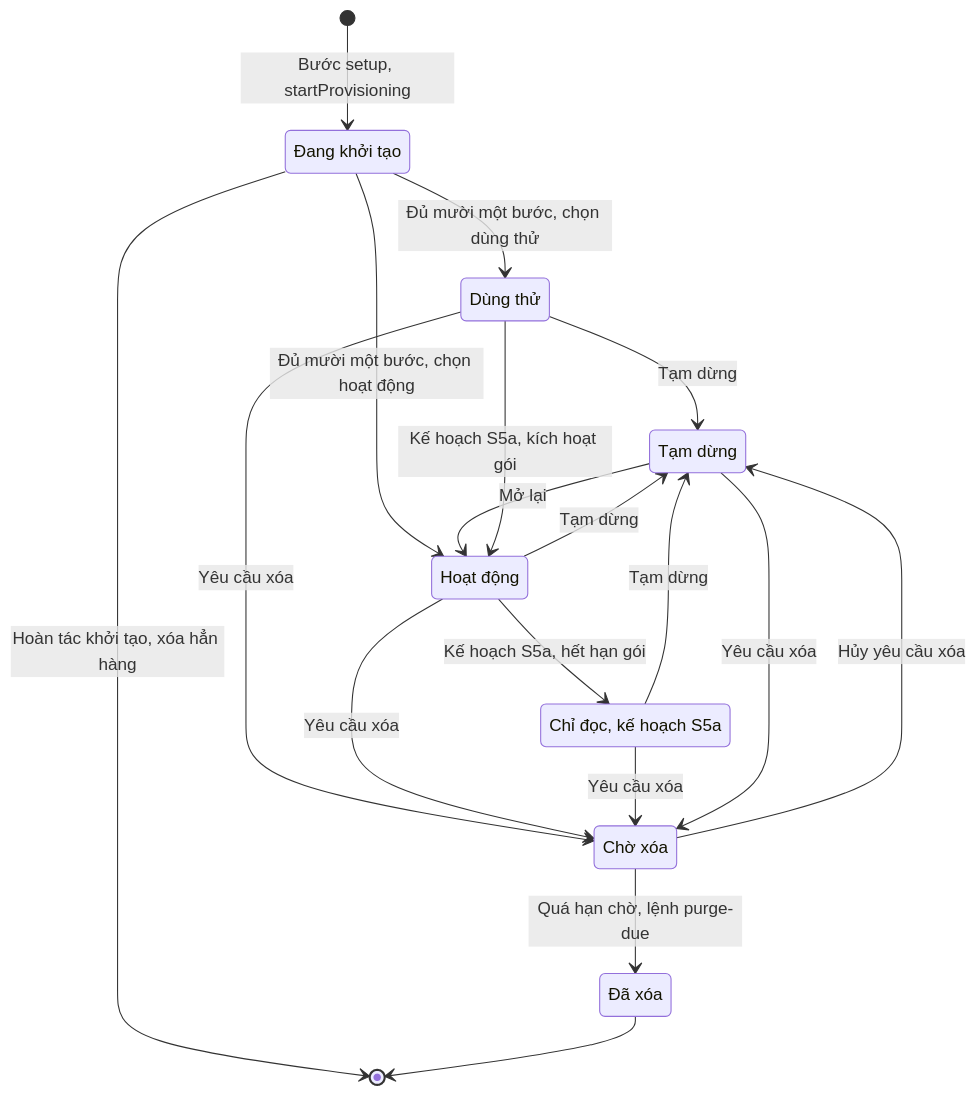
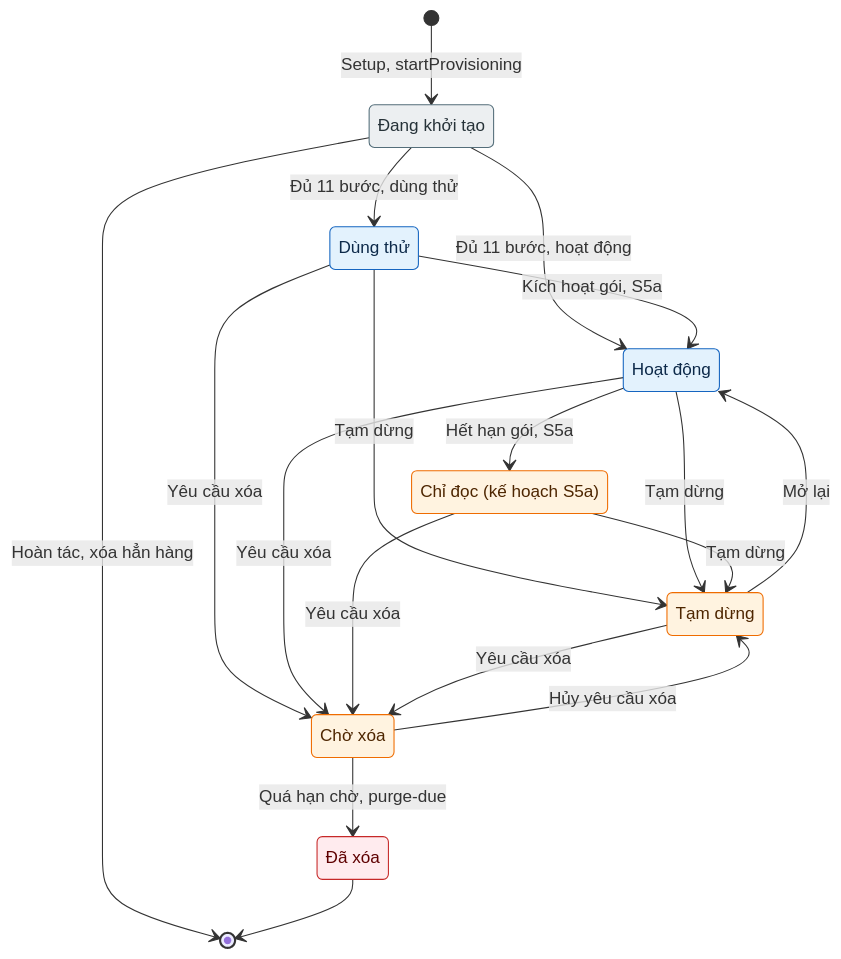
Before and after one commit to luckyshopvn/school_management: the fifth of 6 diagrams in tai_lieu/34_TONG_HOP_CHUC_NANG_HE_THONG/01_TONG_QUAN_VA_NEN_TANG.md, drawn with Mermaid. The commit also changed other lines of this file and 8 other files, not shown here.

````diff
--- a/tai_lieu/34_TONG_HOP_CHUC_NANG_HE_THONG/01_TONG_QUAN_VA_NEN_TANG.md
+++ b/tai_lieu/34_TONG_HOP_CHUC_NANG_HE_THONG/01_TONG_QUAN_VA_NEN_TANG.md
@@ -575,27 +641,42 @@
 ```mermaid
 stateDiagram-v2
+  classDef nhap fill:#eceff1,stroke:#546e7a,color:#263238
+  classDef cho fill:#fff3e0,stroke:#ef6c00,color:#4e2600
+  classDef dang fill:#e3f2fd,stroke:#1565c0,color:#0d2a4a
+  classDef xong fill:#e8f5e9,stroke:#2e7d32,color:#1b3d1d,font-weight:bold
+  classDef huy fill:#ffebee,stroke:#c62828,color:#5f0000
+
   state "Đang khởi tạo" as provisioning
   state "Dùng thử" as trial
   state "Hoạt động" as active
-  state "Chỉ đọc, kế hoạch S5a" as read_only
+  state "Chỉ đọc (kế hoạch S5a)" as read_only
   state "Tạm dừng" as suspended
   state "Chờ xóa" as pending_deletion
   state "Đã xóa" as deleted
-  [*] --> provisioning : Bước setup, startProvisioning
-  provisioning --> trial : Đủ mười một bước, chọn dùng thử
-  provisioning --> active : Đủ mười một bước, chọn hoạt động
-  provisioning --> [*] : Hoàn tác khởi tạo, xóa hẳn hàng
+
+  [*] --> provisioning : Setup, startProvisioning
+  provisioning --> trial : Đủ 11 bước, dùng thử
+  provisioning --> active : Đủ 11 bước, hoạt động
+  provisioning --> [*] : Hoàn tác, xóa hẳn hàng
+  trial --> active : Kích hoạt gói, S5a
+  active --> read_only : Hết hạn gói, S5a
   trial --> suspended : Tạm dừng
   active --> suspended : Tạm dừng
   read_only --> suspended : Tạm dừng
   suspended --> active : Mở lại
   trial --> pending_deletion : Yêu cầu xóa
   active --> pending_deletion : Yêu cầu xóa
   read_only --> pending_deletion : Yêu cầu xóa
   suspended --> pending_deletion : Yêu cầu xóa
   pending_deletion --> suspended : Hủy yêu cầu xóa
-  pending_deletion --> deleted : Quá hạn chờ, lệnh purge-due
-  trial --> active : Kế hoạch S5a, kích hoạt gói
-  active --> read_only : Kế hoạch S5a, hết hạn gói
+  pending_deletion --> deleted : Quá hạn chờ, purge-due
   deleted --> [*]
+
+  class provisioning nhap
+  class trial dang
+  class active dang
+  class read_only cho
+  class suspended cho
+  class pending_deletion cho
+  class deleted huy
 ```
````
